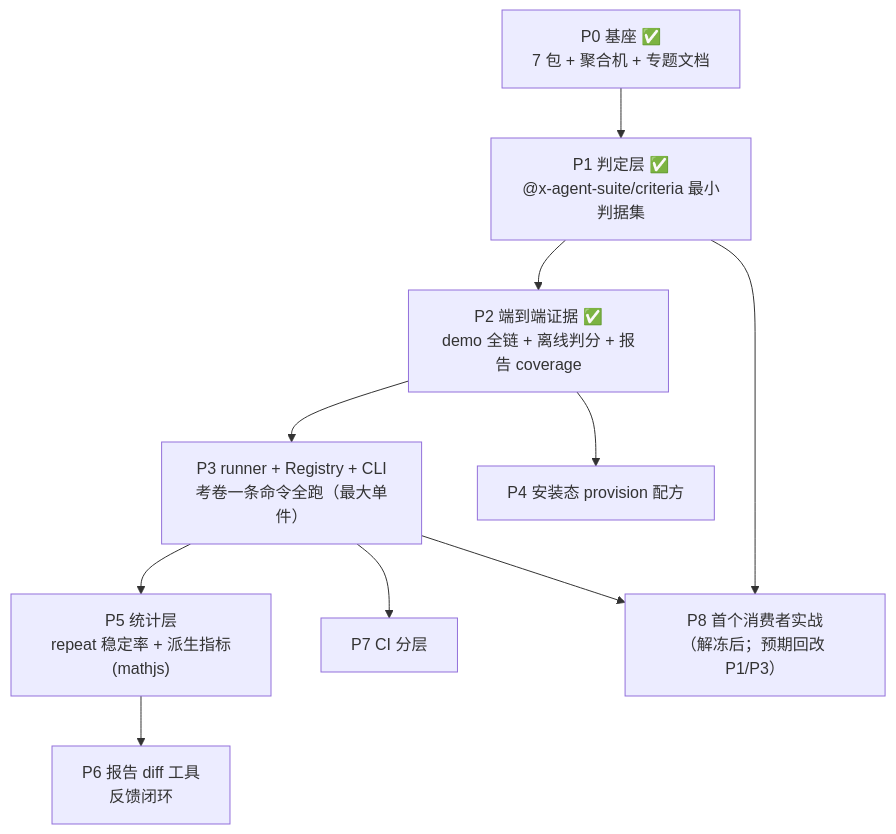
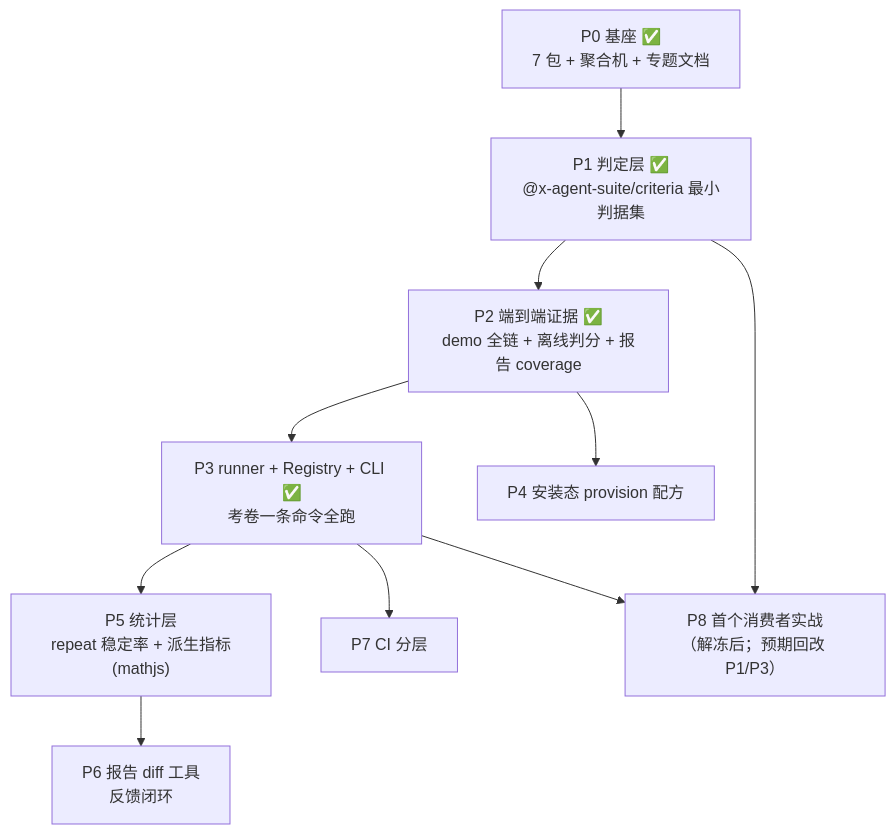
The diagram in docs/spec/capability-system.md (xnightsky/x-agent-suite), drawn with Mermaid before and after one commit. The commit also changed other lines of this file and 16 other files, not shown here.

Commit message:
feat(runner): 场景运行器 Registry/DSL 执行/CLI

````diff
--- a/docs/spec/capability-system.md
+++ b/docs/spec/capability-system.md
@@ -114,12 +114,12 @@
 ```mermaid
 flowchart TD
     P0["P0 基座 ✅<br/>7 包 + 聚合机 + 专题文档"] --> P1["P1 判定层 ✅<br/>@x-agent-suite/criteria 最小判据集"]
     P1 --> P2["P2 端到端证据 ✅<br/>demo 全链 + 离线判分 + 报告 coverage"]
-    P2 --> P3["P3 runner + Registry + CLI<br/>考卷一条命令全跑（最大单件）"]
+    P2 --> P3["P3 runner + Registry + CLI ✅<br/>考卷一条命令全跑"]
     P2 --> P4["P4 安装态 provision 配方"]
     P3 --> P5["P5 统计层<br/>repeat 稳定率 + 派生指标(mathjs)"]
     P5 --> P6["P6 报告 diff 工具<br/>反馈闭环"]
     P3 --> P7["P7 CI 分层"]
     P1 --> P8["P8 首个消费者实战<br/>（解冻后；预期回改 P1/P3）"]
     P3 --> P8
 ```
````
